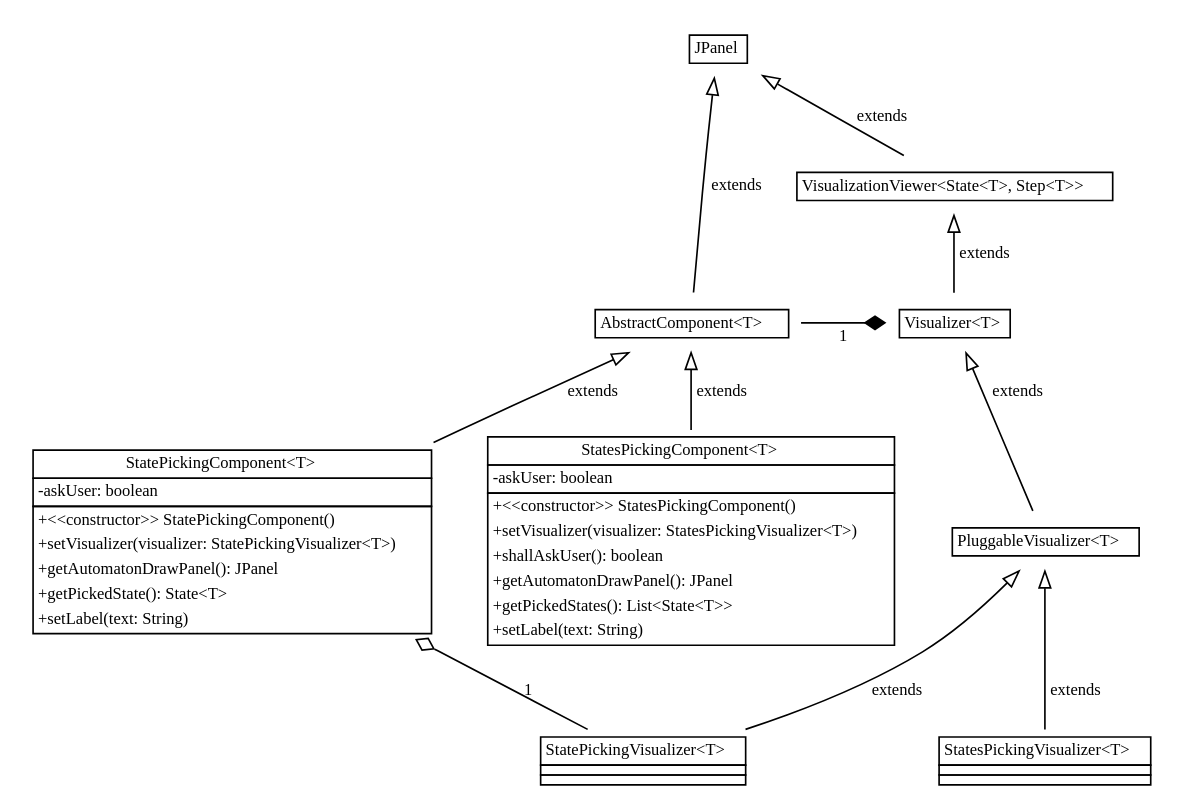
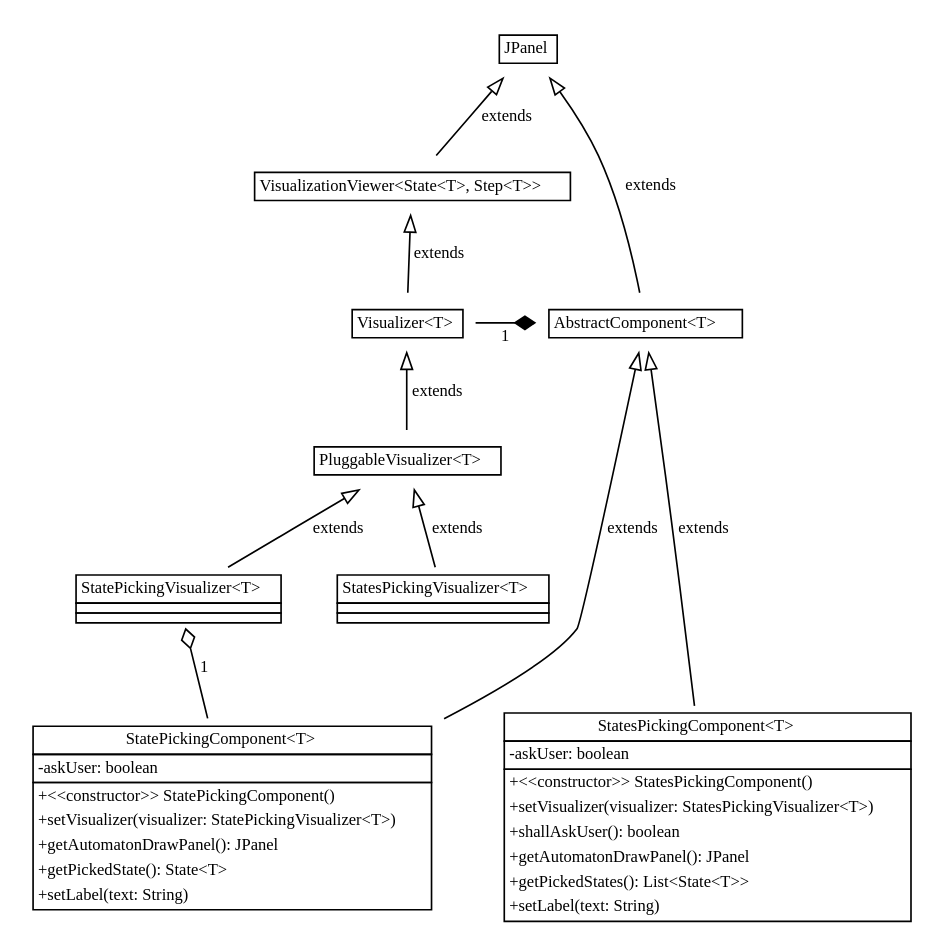
One commit to otmarjr/jInfer-fork changed the diagram in doc/jInfer/autoeditor/uml_derived_classes.gv. Above: the diagram before and after it, drawn with Graphviz. The commit also changed 2 other files, not shown here.

```diff
--- a/doc/jInfer/autoeditor/uml_derived_classes.gv
+++ b/doc/jInfer/autoeditor/uml_derived_classes.gv
@@ -1,143 +1,143 @@
 digraph uml_basic_full {
 	rankdir = BT;
 	node [shape = rectangle, fontname = "TeXGyrePagella-Regular", fontsize = 10];
 	edge [fontname = "TeXGyrePagella-Regular", fontsize = 10, arrowhead = empty];
 
 {
 	rank = same;
 
 	JPanel [shape = plaintext, label = <
 	<table cellspacing="0" cellborder="1" border="0">
 		<tr><td>
 			<font face="TeXGyrePagella-Bold" point-size="10">JPanel</font>
 		</td></tr>
 	</table>>];
 }
 
 {
 	rank = same;
 
 	VisualizationViewer [shape = plaintext, label = <
 	<table cellspacing="0" cellborder="1" border="0">
 		<tr><td>
 			<font face="TeXGyrePagella-Bold" point-size="10">VisualizationViewer&lt;State&lt;T&gt;, Step&lt;T&gt;&gt;</font>
 		</td></tr>
 	</table>>];
 }
 
 {
 	rank = same;
 
 	Visualizer [shape = plaintext, label = <
 	<table cellspacing="0" cellborder="1" border="0">
 		<tr><td>
 			<font face="TeXGyrePagella-Bold" point-size="10">Visualizer&lt;T&gt;</font>
 		</td></tr>
 	</table>>];
 	
 	AbstractComponent [shape = plaintext, label = <
 	<table cellspacing="0" cellborder="1" border="0">
 		<tr><td>
 			<font face="TeXGyrePagella-BoldItalic" point-size="10">AbstractComponent&lt;T&gt;</font>
 		</td></tr>
 	</table>>];
 }
 
 {
 	rank = same;
 
 	PluggableVisualizer [shape = plaintext, label = <
 	<table cellspacing="0" cellborder="1" border="0">
 		<tr><td>
 			<font face="TeXGyrePagella-Bold" point-size="10">PluggableVisualizer&lt;T&gt;</font>
 		</td></tr>
 	</table>>];
 }
 
 {
 	rank = same;
 	
 	StatePickingVisualizer [shape = plaintext, label = <
 	<table cellspacing="0" cellborder="1" border="0">
 		<tr><td>
 			<font face="TeXGyrePagella-Bold" point-size="10">StatePickingVisualizer&lt;T&gt;</font>
 		</td></tr>
 		<tr><td></td></tr>
 		<tr><td>
 		</td></tr>
 	</table>>];
 	
 	StatesPickingVisualizer [shape = plaintext, label = <
 	<table cellspacing="0" cellborder="1" border="0">
 		<tr><td>
 			<font face="TeXGyrePagella-Bold" point-size="10">StatesPickingVisualizer&lt;T&gt;</font>
 		</td></tr>
 		<tr><td></td></tr>
 		<tr><td>
 		</td></tr>
 	</table>>];
 }
 
 {
 	rank = same;
 
 	StatePickingComponent [shape = plaintext, label = <
 	<table cellspacing="0" cellborder="1" border="0">
 		<tr><td>
 			<font face="TeXGyrePagella-Bold" point-size="10">StatePickingComponent&lt;T&gt;</font>
 		</td></tr>
 		<tr><td cellpadding="0">
 			<table cellspacing="0" cellborder="0" border="0">
 				<tr><td align="left"><font face="SFTT1000">-askUser: boolean</font></td></tr>
 			</table>
 		</td></tr>
 		<tr><td cellpadding="0">
 			<table cellspacing="0" cellborder="0" border="0">
 				<tr><td align="left"><font face="SFTT1000">+&lt;&lt;constructor&gt;&gt; StatePickingComponent()</font></td></tr>
 				<tr><td align="left"><font face="SFTT1000">+setVisualizer(visualizer: StatePickingVisualizer&lt;T&gt;)</font></td></tr>
 				<tr><td align="left"><font face="SFTT1000">+getAutomatonDrawPanel(): JPanel</font></td></tr>
 				<tr><td align="left"><font face="SFTT1000">+getPickedState(): State&lt;T&gt;</font></td></tr>
 				<tr><td align="left"><font face="SFTT1000">+setLabel(text: String)</font></td></tr>
 			</table>
 		</td></tr>
 	</table>>];
 	
 	StatesPickingComponent [shape = plaintext, label = <
 	<table cellspacing="0" cellborder="1" border="0">
 		<tr><td>
 			<font face="TeXGyrePagella-Bold" point-size="10">StatesPickingComponent&lt;T&gt;</font>
 		</td></tr>
 		<tr><td cellpadding="0">
 			<table cellspacing="0" cellborder="0" border="0">
 				<tr><td align="left"><font face="SFTT1000">-askUser: boolean</font></td></tr>
 			</table>
 		</td></tr>
 		<tr><td cellpadding="0">
 			<table cellspacing="0" cellborder="0" border="0">
 				<tr><td align="left"><font face="SFTT1000">+&lt;&lt;constructor&gt;&gt; StatesPickingComponent()</font></td></tr>
 				<tr><td align="left"><font face="SFTT1000">+setVisualizer(visualizer: StatesPickingVisualizer&lt;T&gt;)</font></td></tr>
 				<tr><td align="left"><font face="SFTT1000">+shallAskUser(): boolean</font></td></tr>
 				<tr><td align="left"><font face="SFTT1000">+getAutomatonDrawPanel(): JPanel</font></td></tr>
 				<tr><td align="left"><font face="SFTT1000">+getPickedStates(): List&lt;State&lt;T&gt;&gt;</font></td></tr>
 				<tr><td align="left"><font face="SFTT1000">+setLabel(text: String)</font></td></tr>
 			</table>
 		</td></tr>
 	</table>>];
 }
 
 AbstractComponent -> JPanel [label = "extends"];
 VisualizationViewer -> JPanel [label = "extends"];
 
 Visualizer -> VisualizationViewer [label = "extends"];
 
 PluggableVisualizer -> Visualizer [label = "extends"];
 
 StatePickingVisualizer -> PluggableVisualizer [label = "extends"];
 StatesPickingVisualizer -> PluggableVisualizer [label = "extends"];
 StatePickingComponent -> AbstractComponent [label = "extends"];
 StatesPickingComponent -> AbstractComponent [label = "extends"];
 
 
-AbstractComponent -> Visualizer [label = "1" arrowhead = diamond];
-StatePickingVisualizer -> StatePickingComponent [label = "1" arrowhead = odiamond];
+Visualizer -> AbstractComponent [label = "1" arrowhead = diamond];
+StatePickingComponent -> StatePickingVisualizer [label = "1" arrowhead = odiamond];
 }
```
